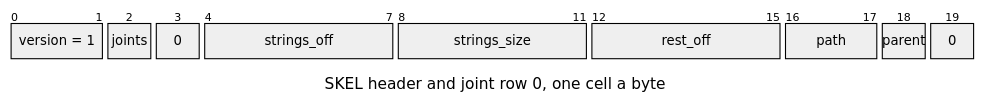
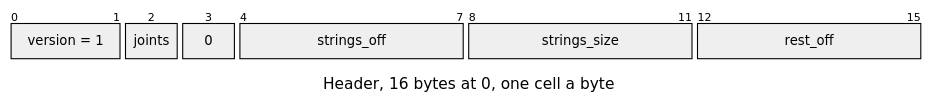
Before and after one commit to jose-villegas/autana: the second of 9 diagrams in docs/render/Skeleton-and-Skin.md, drawn with Mermaid. The commit also changed other lines of this file, not shown here.

Commit message:
docs: Skeleton-and-Skin labels each layout as header, registry or content

````diff
--- a/docs/render/Skeleton-and-Skin.md
+++ b/docs/render/Skeleton-and-Skin.md
@@ -103,19 +103,16 @@
 ```mermaid
 ---
 config:
   packet:
-    bitsPerRow: 20
-    bitWidth: 44
+    bitsPerRow: 16
+    bitWidth: 52
 ---
 packet-beta
-title SKEL header and joint row 0, one cell a byte
+title Header, 16 bytes at 0, one cell a byte
 0-1: "version = 1"
 2: "joints"
 3: "0"
 4-7: "strings_off"
 8-11: "strings_size"
 12-15: "rest_off"
-16-17: "path"
-18: "parent"
-19: "0"
 ```
````
